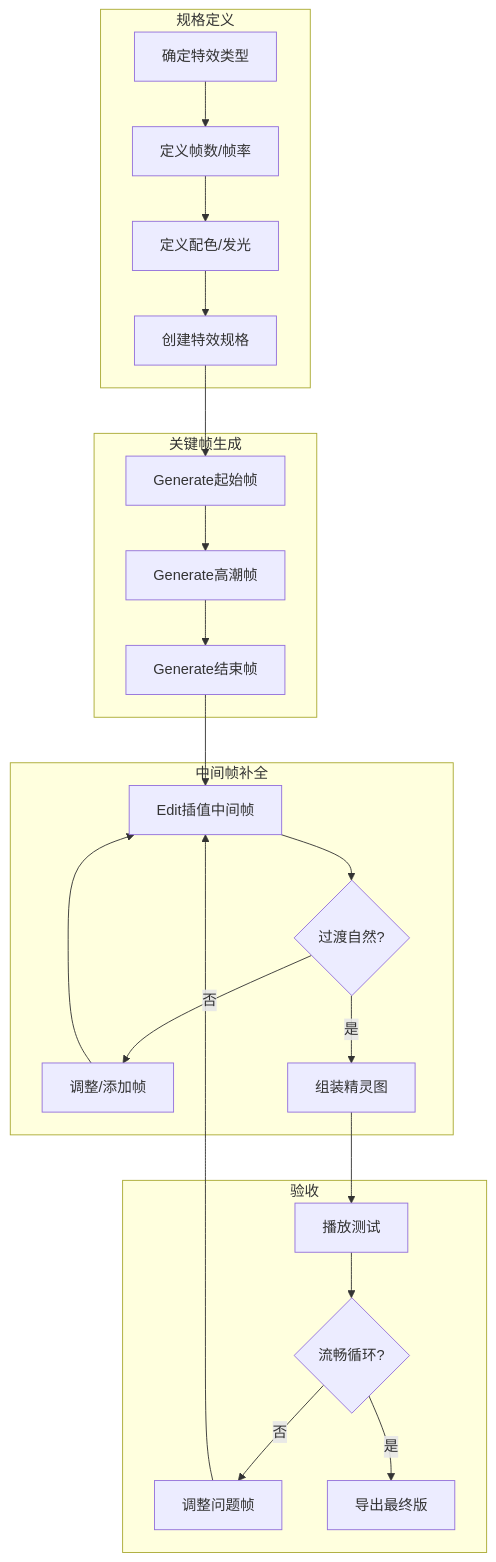
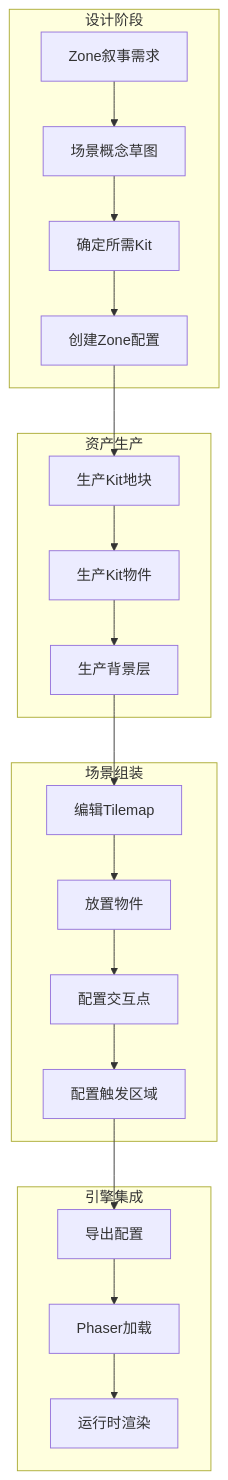
One commit to angelash/Footnote changed the third of 3 diagrams in docs/art/资产生产流程详解.md. Above: the diagram before and after it, drawn with Mermaid. The commit also changed other lines of this file and 59 other files, not shown here.

````diff
--- a/docs/art/资产生产流程详解.md
+++ b/docs/art/资产生产流程详解.md
@@ -529,31 +410,28 @@
 ```mermaid
 flowchart TB
-    subgraph 规格定义
-        A1[确定特效类型] --> A2[定义帧数/帧率]
-        A2 --> A3[定义配色/发光]
-        A3 --> A4[创建特效规格]
+    subgraph Design["设计阶段"]
+        A1["Zone叙事需求"] --> A2["场景概念草图"]
+        A2 --> A3["确定所需Kit"]
+        A3 --> A4["创建Zone配置"]
     end
     
-    subgraph 关键帧生成
-        B1[Generate起始帧] --> B2[Generate高潮帧]
-        B2 --> B3[Generate结束帧]
+    subgraph Assets["资产生产"]
+        B1["生产Kit地块"] --> B2["生产Kit物件"]
+        B2 --> B3["生产背景层"]
     end
     
-    subgraph 中间帧补全
-        C1[Edit插值中间帧] --> C2{过渡自然?}
-        C2 -->|否| C3[调整/添加帧]
-        C3 --> C1
-        C2 -->|是| C4[组装精灵图]
+    subgraph Assembly["场景组装"]
+        C1["编辑Tilemap"] --> C2["放置物件"]
+        C2 --> C3["配置交互点"]
+        C3 --> C4["配置触发区域"]
     end
     
-    subgraph 验收
-        D1[播放测试] --> D2{流畅循环?}
-        D2 -->|否| D3[调整问题帧]
-        D3 --> C1
-        D2 -->|是| D4[导出最终版]
+    subgraph Integration["引擎集成"]
+        D1["导出配置"] --> D2["Phaser加载"]
+        D2 --> D3["运行时渲染"]
     end
     
     A4 --> B1
     B3 --> C1
     C4 --> D1
 ```
````
